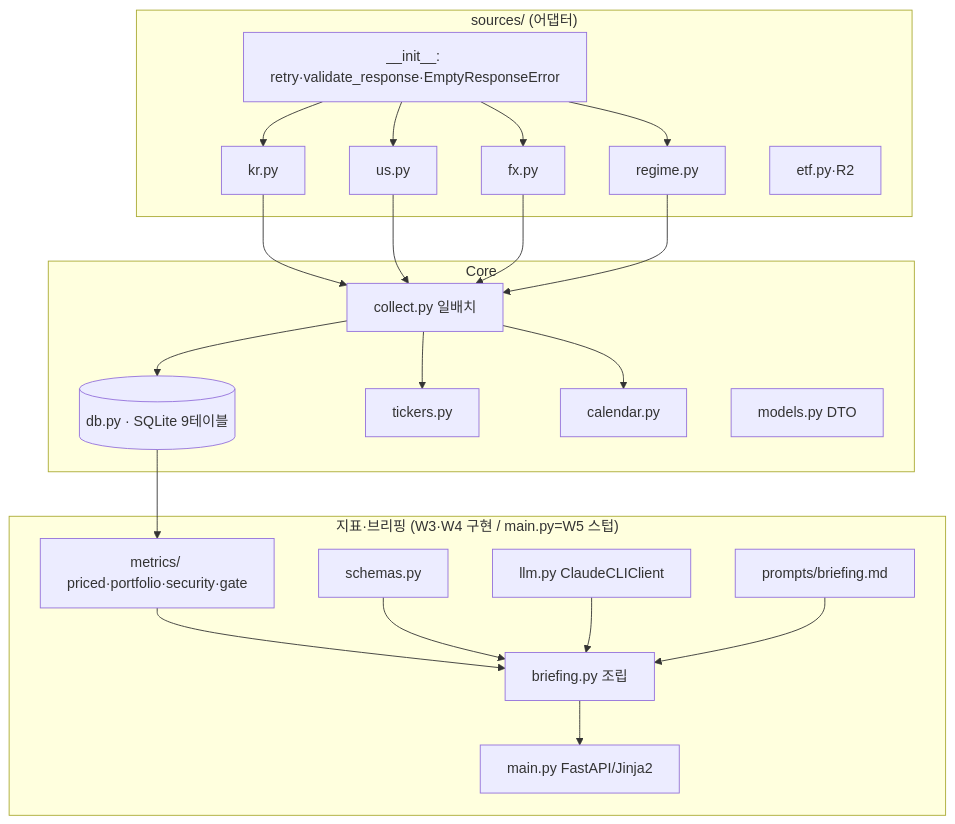
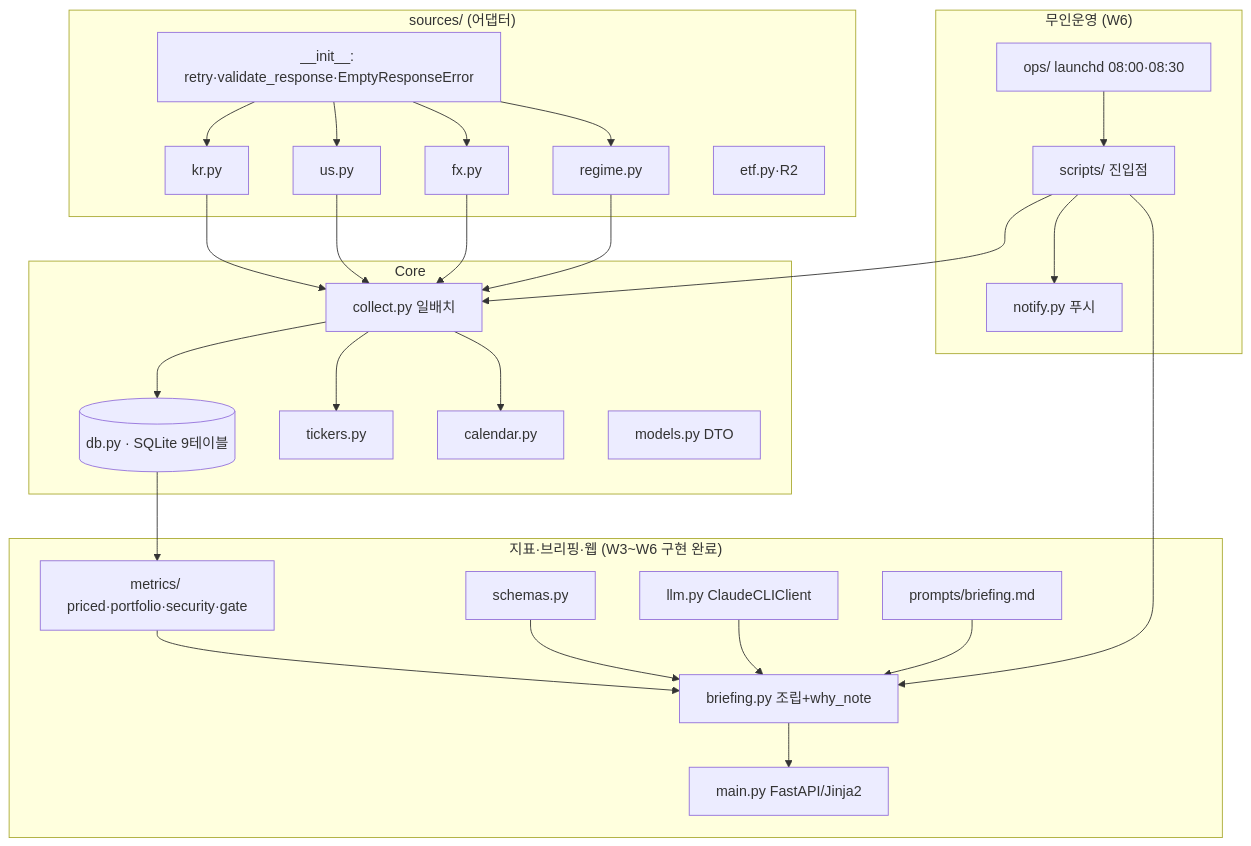
The diagram in CLAUDE.md (bigbulgogiburger/ballast), drawn with Mermaid before and after one commit. The commit also changed other lines of this file and 9 other files, not shown here.

````diff
--- a/CLAUDE.md
+++ b/CLAUDE.md
@@ -8,20 +8,25 @@
 ```mermaid
 graph TD
   subgraph Sources["sources/ (어댑터)"]
     KR[kr.py]; US[us.py]; FX[fx.py]; RG[regime.py]; ETF[etf.py·R2]
     GUARD[__init__: retry·validate_response·EmptyResponseError]
   end
   subgraph Core
     COLLECT[collect.py 일배치]; DB[(db.py · SQLite 9테이블)]
     TICK[tickers.py]; CAL[calendar.py]; MODELS[models.py DTO]
   end
-  subgraph Consume["지표·브리핑 (W3·W4 구현 / main.py=W5 스텁)"]
-    MET[metrics/ priced·portfolio·security·gate]; BRIEF[briefing.py 조립]; MAIN[main.py FastAPI/Jinja2]
+  subgraph Consume["지표·브리핑·웹 (W3~W6 구현 완료)"]
+    MET[metrics/ priced·portfolio·security·gate]; BRIEF[briefing.py 조립+why_note]; MAIN[main.py FastAPI/Jinja2]
     LLM[llm.py ClaudeCLIClient]; SCH[schemas.py]; PR[prompts/briefing.md]
+  end
+  subgraph Ops["무인운영 (W6)"]
+    SCRIPTS[scripts/ 진입점]; PLIST[ops/ launchd 08:00·08:30]; NOTIFY[notify.py 푸시]
   end
   KR & US & FX & RG --> COLLECT --> DB
   GUARD --> KR & US & FX & RG
   COLLECT --> TICK & CAL
   DB --> MET --> BRIEF --> MAIN
   SCH & LLM & PR --> BRIEF
+  PLIST --> SCRIPTS --> COLLECT & BRIEF
+  SCRIPTS --> NOTIFY
 ```
````
